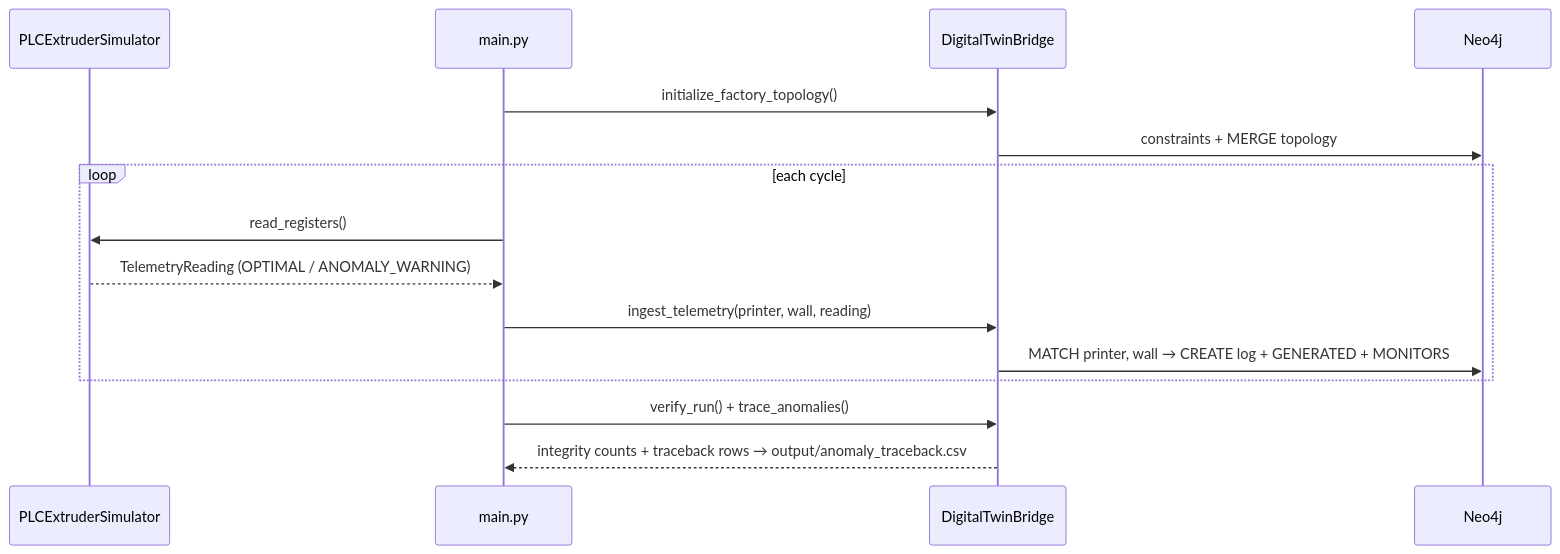
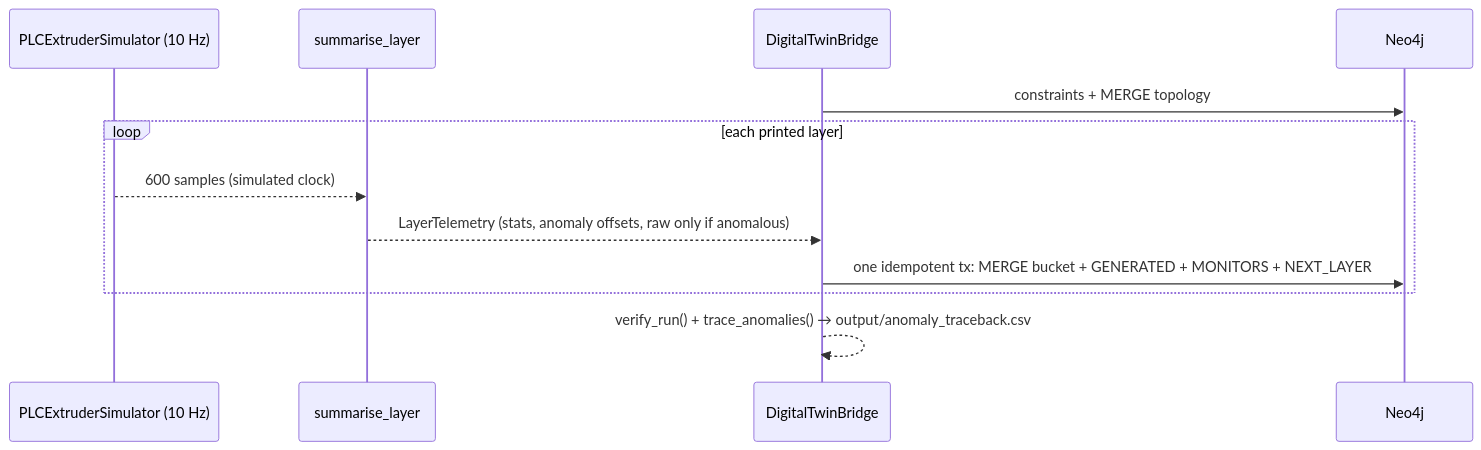
Before and after one commit to Thembelitchi/BioPrint-Automation-Suite: the diagram in projects/01_graphprint_twin/README.md, drawn with Mermaid. The commit also changed other lines of this file and 15 other files, not shown here.

First line of the commit message:
feat(twin): layer-bucketed telemetry instead of one node per sample

````diff
--- a/projects/01_graphprint_twin/README.md
+++ b/projects/01_graphprint_twin/README.md
@@ -15,17 +28,14 @@
 ```mermaid
 sequenceDiagram
-    participant SIM as PLCExtruderSimulator
-    participant MAIN as main.py
+    participant SIM as PLCExtruderSimulator (10 Hz)
+    participant AGG as summarise_layer
     participant BR as DigitalTwinBridge
     participant DB as Neo4j
-    MAIN->>BR: initialize_factory_topology()
     BR->>DB: constraints + MERGE topology
-    loop each cycle
-        MAIN->>SIM: read_registers()
-        SIM-->>MAIN: TelemetryReading (OPTIMAL / ANOMALY_WARNING)
-        MAIN->>BR: ingest_telemetry(printer, wall, reading)
-        BR->>DB: MATCH printer, wall → CREATE log + GENERATED + MONITORS
+    loop each printed layer
+        SIM-->>AGG: 600 samples (simulated clock)
+        AGG-->>BR: LayerTelemetry (stats, anomaly offsets, raw only if anomalous)
+        BR->>DB: one idempotent tx: MERGE bucket + GENERATED + MONITORS + NEXT_LAYER
     end
-    MAIN->>BR: verify_run() + trace_anomalies()
-    BR-->>MAIN: integrity counts + traceback rows → output/anomaly_traceback.csv
+    BR-->>BR: verify_run() + trace_anomalies() → output/anomaly_traceback.csv
 ```
````
